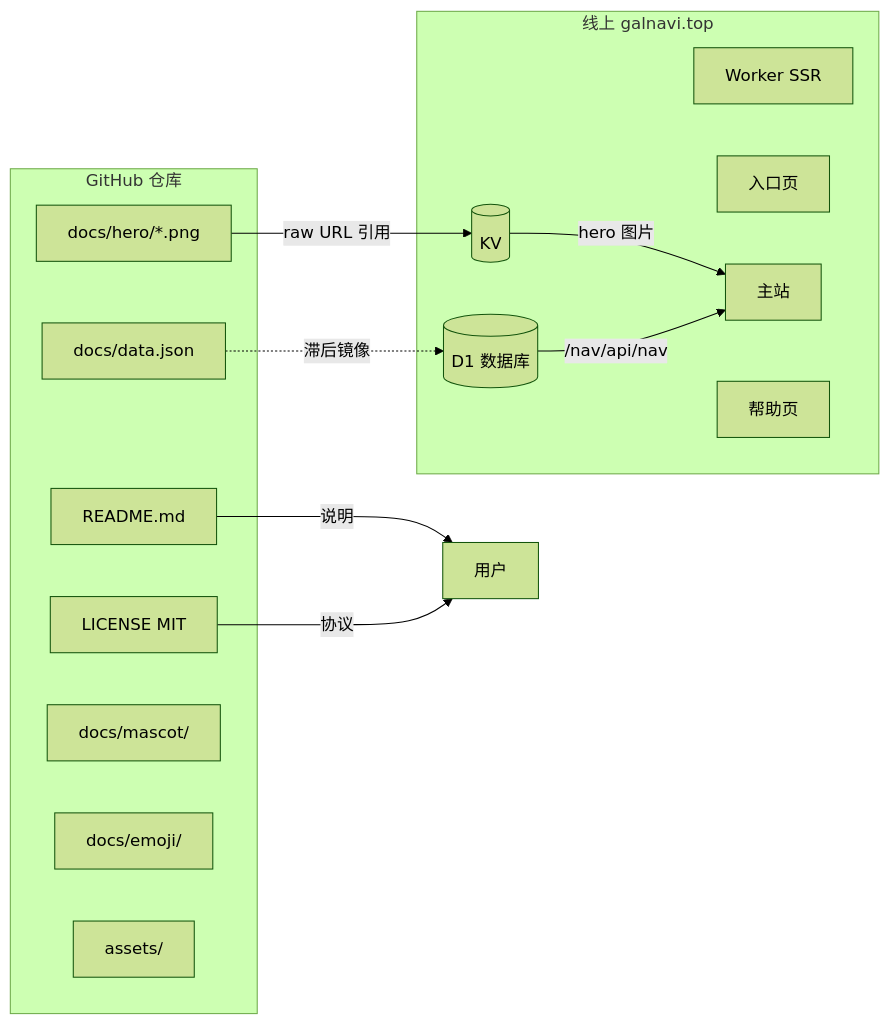
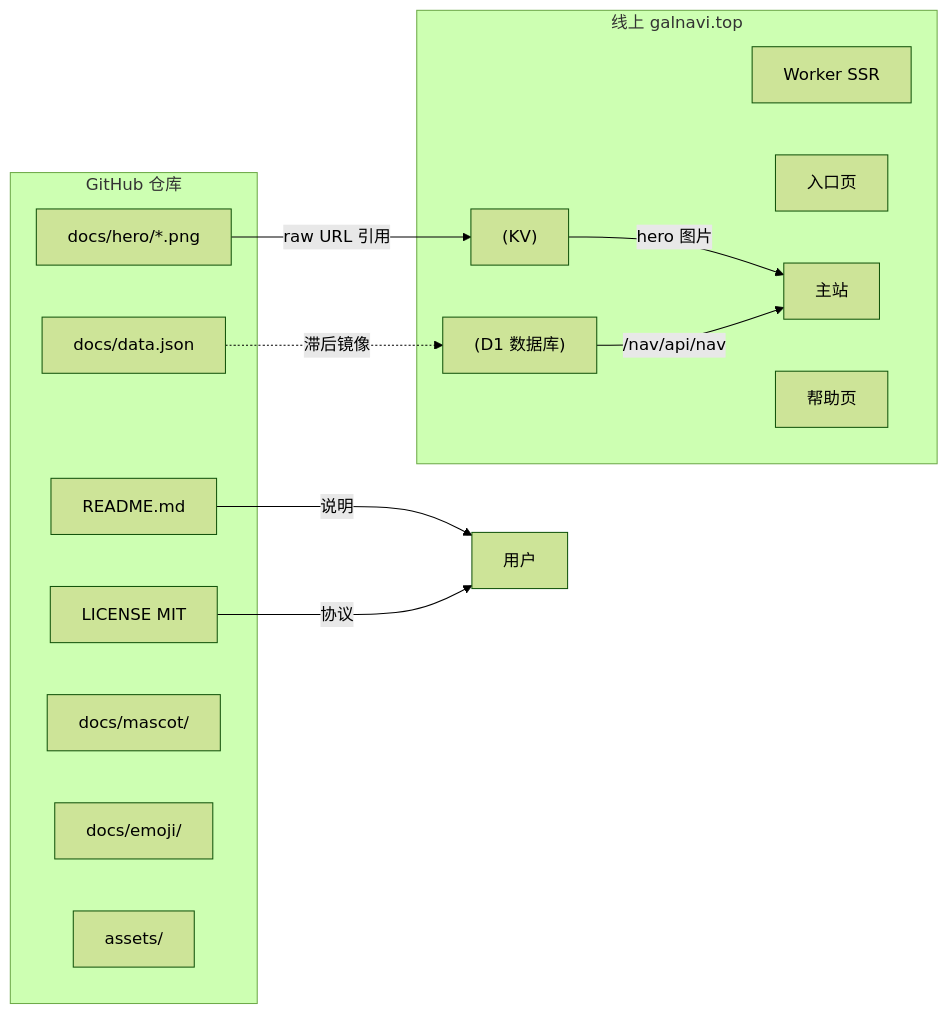
The diagram in 04-数据与资源/GitHub 仓库的角色.md (argb6/galnavi-obsidian), drawn with Mermaid (forest theme) before and after one commit. The commit also changed 2 other files, not shown here.

Commit message:
Quote mermaid node labels in docs
Wrap several mermaid graph node labels in quotes to ensure paths, slashes and parentheses render correctly. Updated mermaid diagrams in three markdown docs so labels like /nav/api/nav, docs/data.json, (D1 数据库), KV, and file globs are quoted for consistent parsing.

````diff
--- a/04-数据与资源/GitHub 仓库的角色.md
+++ b/04-数据与资源/GitHub 仓库的角色.md
@@ -60,28 +60,28 @@
 ```mermaid
 graph LR
     subgraph GitHub 仓库
         R[README.md]
         L[LICENSE MIT]
-        D[docs/data.json]
-        H[docs/hero/*.png]
-        M[docs/mascot/]
-        E[docs/emoji/]
-        A[assets/]
+        D["docs/data.json"]
+        H["docs/hero/*.png"]
+        M["docs/mascot/"]
+        E["docs/emoji/"]
+        A["assets/"]
     end
 
     subgraph 线上 galnavi.top
         W[Worker SSR]
-        D1[(D1 数据库)]
-        KV[(KV)]
+        D1["(D1 数据库)"]
+        KV["(KV)"]
         P1[入口页]
         P2[主站]
         P3[帮助页]
     end
 
     D -.->|滞后镜像| D1
     H -->|raw URL 引用| KV
     KV -->|hero 图片| P2
     D1 -->|/nav/api/nav| P2
     R -->|说明| 用户
     L -->|协议| 用户
 ```
````
